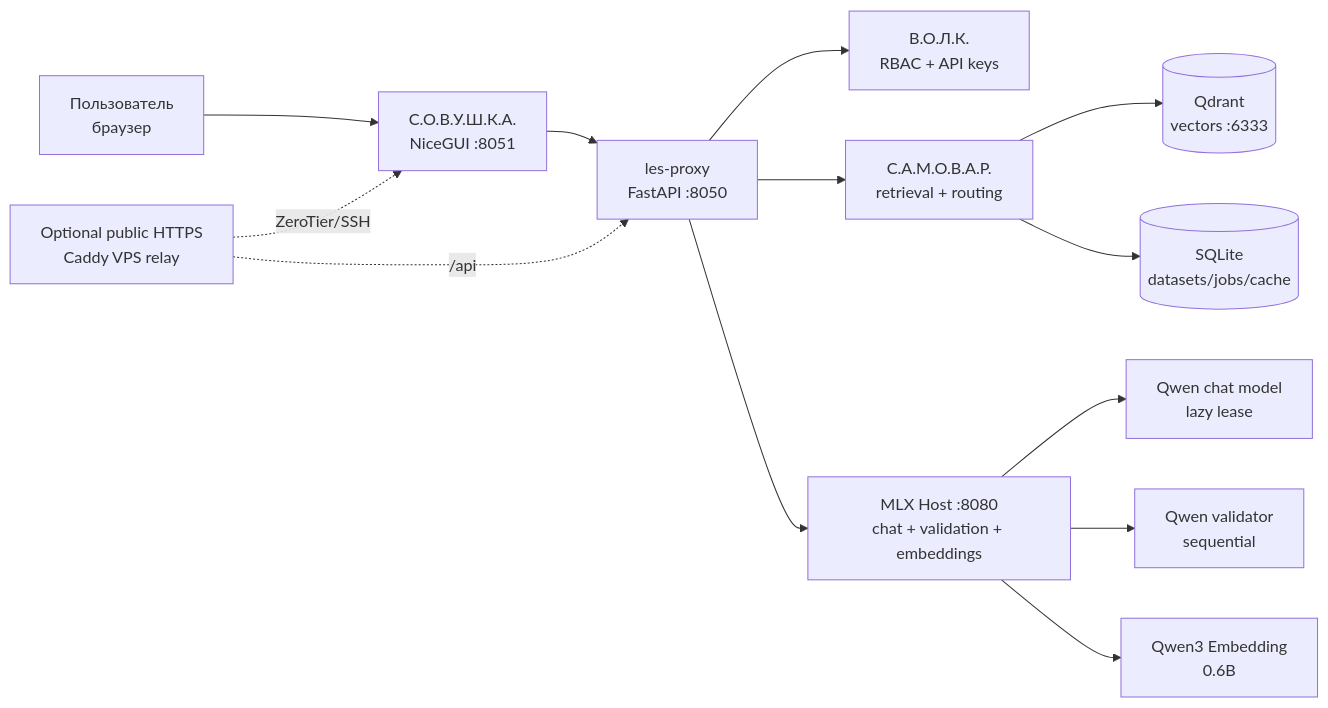
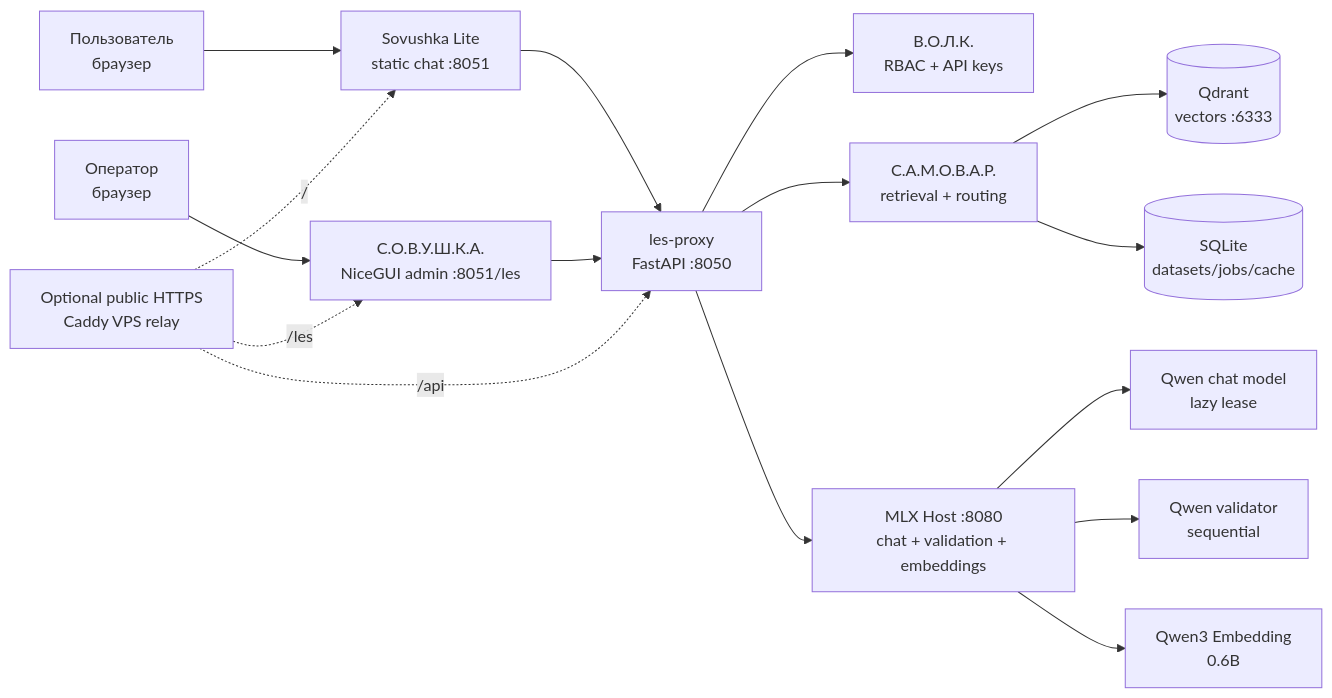
Before and after one commit to proovcme/les_rag_public: the first of 3 diagrams in README.md, drawn with Mermaid. The commit also changed other lines of this file and 8 other files, not shown here.

Commit message:
Add Sovushka Lite chat shell

````diff
--- a/README.md
+++ b/README.md
@@ -33,16 +33,19 @@
 ```mermaid
 flowchart LR
-    User[Пользователь<br/>браузер] --> UI[С.О.В.У.Ш.К.А.<br/>NiceGUI :8051]
+    User[Пользователь<br/>браузер] --> Lite[Sovushka Lite<br/>static chat :8051]
+    Admin[Оператор<br/>браузер] --> UI[С.О.В.У.Ш.К.А.<br/>NiceGUI admin :8051/les]
+    Lite --> Proxy[les-proxy<br/>FastAPI :8050]
     UI --> Proxy[les-proxy<br/>FastAPI :8050]
     Proxy --> Auth[В.О.Л.К.<br/>RBAC + API keys]
     Proxy --> RAG[С.А.М.О.В.А.Р.<br/>retrieval + routing]
     RAG --> Qdrant[(Qdrant<br/>vectors :6333)]
     RAG --> Meta[(SQLite<br/>datasets/jobs/cache)]
     Proxy --> MLX[MLX Host :8080<br/>chat + validation + embeddings]
     MLX --> Main[Qwen chat model<br/>lazy lease]
     MLX --> Val[Qwen validator<br/>sequential]
     MLX --> Embed[Qwen3 Embedding<br/>0.6B]
 
-    Public[Optional public HTTPS<br/>Caddy VPS relay] -. ZeroTier/SSH .-> UI
+    Public[Optional public HTTPS<br/>Caddy VPS relay] -. / .-> Lite
+    Public -. /les .-> UI
     Public -. /api .-> Proxy
 ```
````
